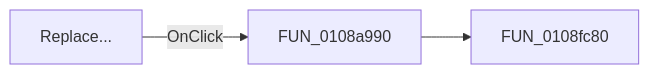
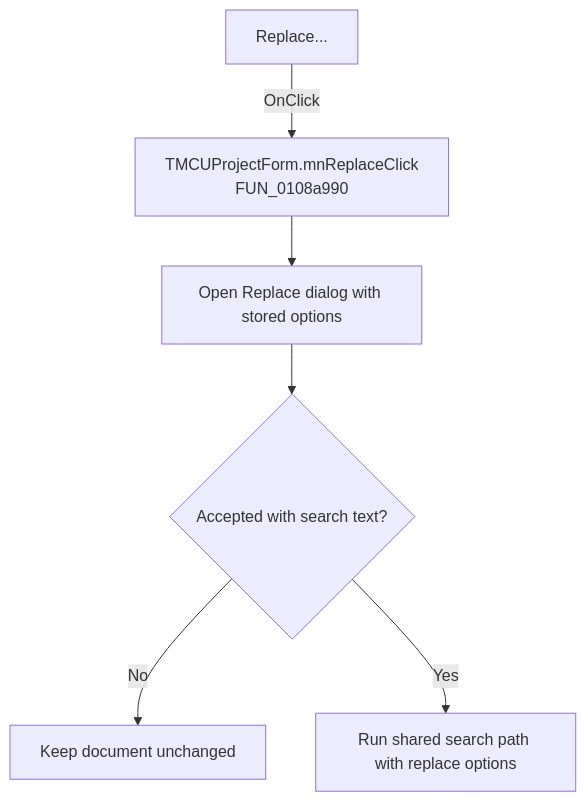
One commit to MovGP0/TIARA changed the diagram in docs/ui-controls/mcuprojectform/mnreplace-bf9e1b64af.md. Above: the diagram before and after it, drawn with Mermaid. The commit also changed other lines of this file and 1062 other files, not shown here.

````diff
--- a/docs/ui-controls/mcuprojectform/mnreplace-bf9e1b64af.md
+++ b/docs/ui-controls/mcuprojectform/mnreplace-bf9e1b64af.md
@@ -27,5 +27,8 @@
 ```mermaid
-flowchart LR
-    control["Replace..."] -->|OnClick| handler["FUN_0108a990"]
-    handler --> call1["FUN_0108fc80"]
+flowchart TD
+    control["Replace..."] -->|OnClick| handler["TMCUProjectForm.mnReplaceClick<br/>FUN_0108a990"]
+    handler --> dialog["Open Replace dialog with stored options"]
+    dialog --> accepted{"Accepted with search text?"}
+    accepted -->|No| noOp["Keep document unchanged"]
+    accepted -->|Yes| replace["Run shared search path with replace options"]
 ```
````
